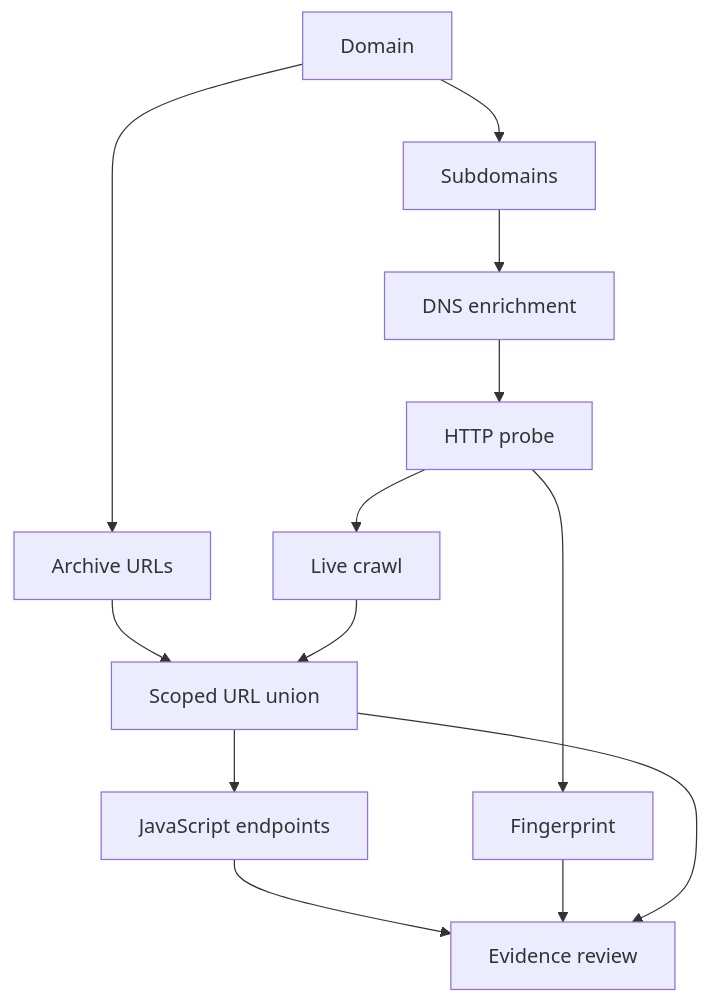
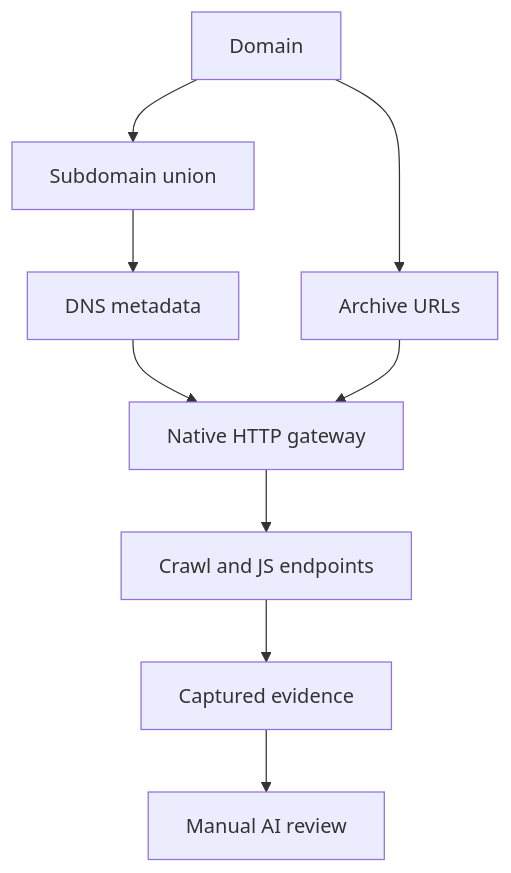
The diagram in recon/README.md (MKlolbullen/burpaderp), drawn with Mermaid before and after one commit. The commit also changed other lines of this file and 34 other files, not shown here.

Commit message:
Run provider DNS archive chain with governed native HTTP continuation

````diff
--- a/recon/README.md
+++ b/recon/README.md
@@ -179,15 +156,11 @@
 ```mermaid
 flowchart TD
-  seed[Domain] --> enumerate[Subdomains]
-  enumerate --> dns[DNS enrichment]
-  dns --> probe[HTTP probe]
-  probe --> crawl[Live crawl]
-  probe --> fingerprint[Fingerprint]
+  seed[Domain] --> names[Subdomain union]
+  names --> dns[DNS metadata]
   seed --> archive[Archive URLs]
-  archive --> merge[Scoped URL union]
-  crawl --> merge
-  merge --> javascript[JavaScript endpoints]
-  javascript --> review[Evidence review]
-  fingerprint --> review
-  merge --> review
+  dns --> http[Native HTTP gateway]
+  archive --> http
+  http --> crawl[Crawl and JS endpoints]
+  crawl --> evidence[Captured evidence]
+  evidence --> review[Manual AI review]
 ```
````
